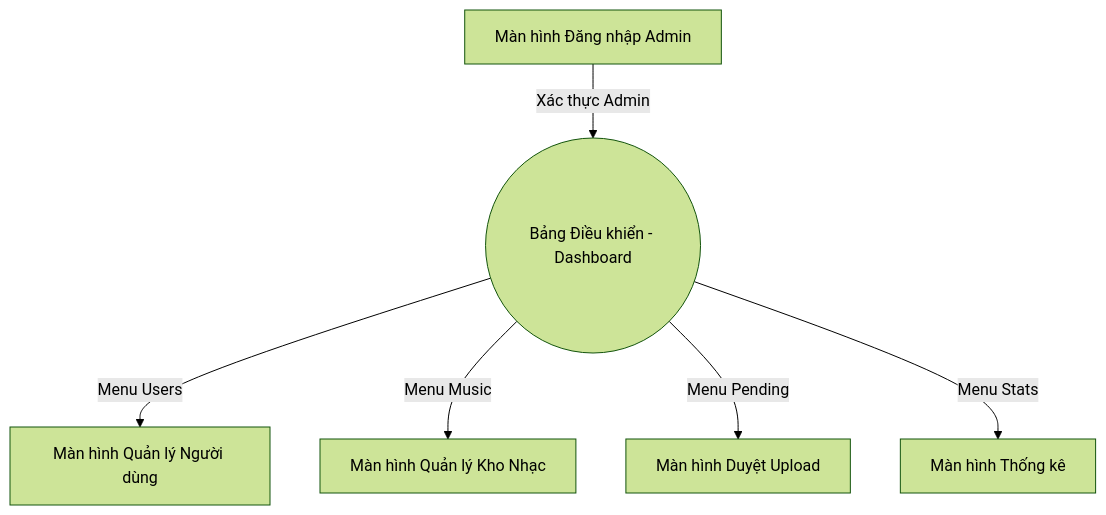
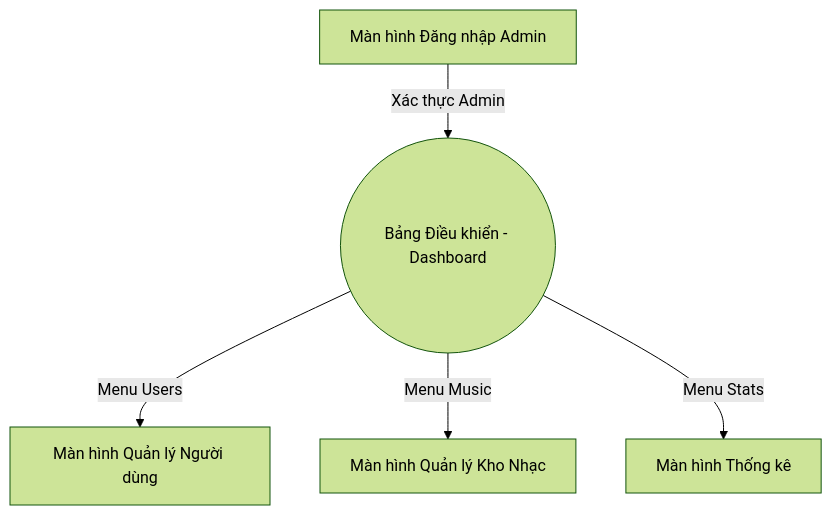
Before and after one commit to NguyenThaiVinh0494/DACNPM_OnlineMusicStreamingWebsite: the fifth of 5 diagrams in Tài Liệu/SRS.md, drawn with Mermaid (forest theme). The commit also changed other lines of this file and 61 other files, not shown here.

````diff
--- a/Tài Liệu/SRS.md
+++ b/Tài Liệu/SRS.md
@@ -653,15 +642,13 @@
 ```mermaid
 graph TD
     Login[Màn hình Đăng nhập Admin]
     Dash((Bảng Điều khiển - Dashboard))
     ManageUsers[Màn hình Quản lý Người dùng]
     ManageMusic[Màn hình Quản lý Kho Nhạc]
-    PendingList[Màn hình Duyệt Upload]
     Stats[Màn hình Thống kê]
 
     Login --> |Xác thực Admin| Dash
     Dash --> |Menu Users| ManageUsers
     Dash --> |Menu Music| ManageMusic
-    Dash --> |Menu Pending| PendingList
     Dash --> |Menu Stats| Stats
 ```
````
